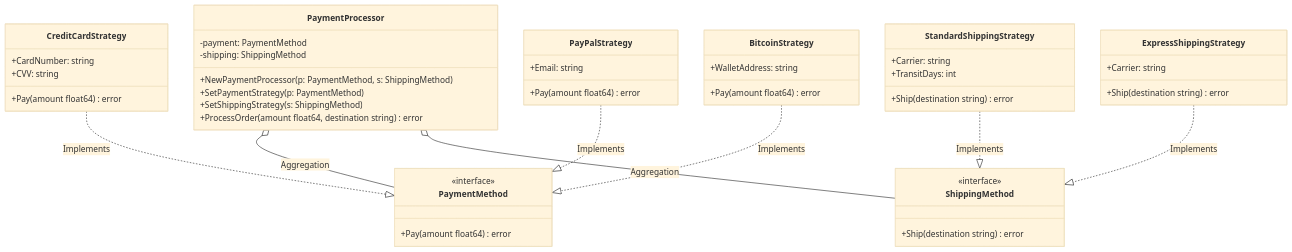
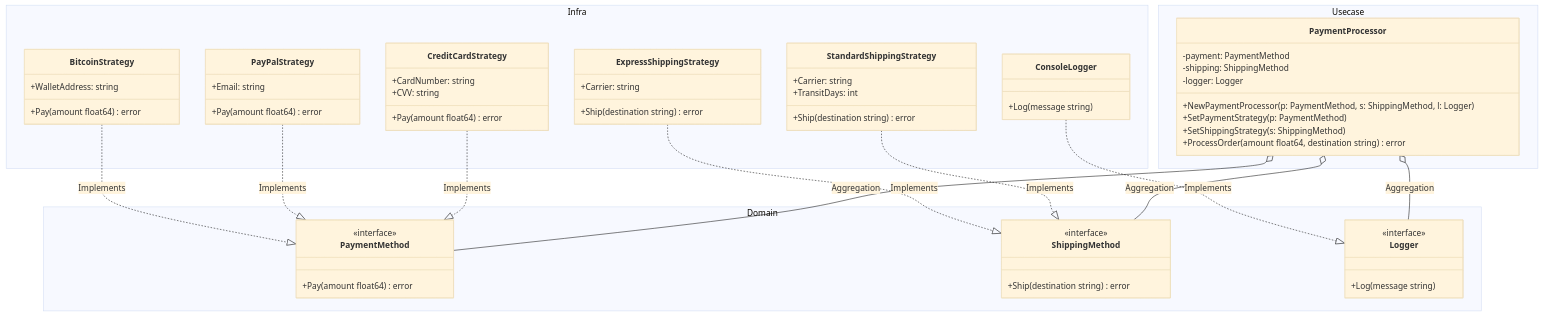
Before and after one commit to sokoide/design-patterns: the diagram in strategy-example/README.md, drawn with Mermaid (base theme). The commit also changed other lines of this file and 14 other files, not shown here.

````diff
--- a/strategy-example/README.md
+++ b/strategy-example/README.md
@@ -21,62 +22,77 @@
 ```mermaid
 classDiagram
     direction TB
 
-    %% Domain Layer
-    class PaymentMethod {
-        <<interface>>
-        +Pay(amount float64) error
+    namespace Domain {
+        class PaymentMethod {
+            <<interface>>
+            +Pay(amount float64) error
+        }
+
+        class ShippingMethod {
+            <<interface>>
+            +Ship(destination string) error
+        }
+
+        class Logger {
+            <<interface>>
+            +Log(message string)
+        }
     }
 
-    class ShippingMethod {
-        <<interface>>
-        +Ship(destination string) error
+    namespace Usecase {
+        class PaymentProcessor {
+            -payment: PaymentMethod
+            -shipping: ShippingMethod
+            -logger: Logger
+            +NewPaymentProcessor(p: PaymentMethod, s: ShippingMethod, l: Logger)
+            +SetPaymentStrategy(p: PaymentMethod)
+            +SetShippingStrategy(s: ShippingMethod)
+            +ProcessOrder(amount float64, destination string) error
+        }
     }
 
-    %% Usecase Layer (Context)
-    class PaymentProcessor {
-        -payment: PaymentMethod
-        -shipping: ShippingMethod
-        +NewPaymentProcessor(p: PaymentMethod, s: ShippingMethod)
-        +SetPaymentStrategy(p: PaymentMethod)
-        +SetShippingStrategy(s: ShippingMethod)
-        +ProcessOrder(amount float64, destination string) error
-    }
+    namespace Infra {
+        class CreditCardStrategy {
+            +CardNumber: string
+            +CVV: string
+            +Pay(amount float64) error
+        }
 
-    %% Adapter Layer (Concrete Strategies)
-    class CreditCardStrategy {
-        +CardNumber: string
-        +CVV: string
-        +Pay(amount float64) error
-    }
+        class PayPalStrategy {
+            +Email: string
+            +Pay(amount float64) error
+        }
 
-    class PayPalStrategy {
-        +Email: string
-        +Pay(amount float64) error
-    }
+        class BitcoinStrategy {
+            +WalletAddress: string
+            +Pay(amount float64) error
+        }
 
-    class BitcoinStrategy {
-        +WalletAddress: string
-        +Pay(amount float64) error
-    }
+        class StandardShippingStrategy {
+            +Carrier: string
+            +TransitDays: int
+            +Ship(destination string) error
+        }
 
-    class StandardShippingStrategy {
-        +Carrier: string
-        +TransitDays: int
-        +Ship(destination string) error
-    }
+        class ExpressShippingStrategy {
+            +Carrier: string
+            +Ship(destination string) error
+        }
 
-    class ExpressShippingStrategy {
-        +Carrier: string
-        +Ship(destination string) error
+        class ConsoleLogger {
+            +Log(message string)
+        }
     }
 
     %% Relationships
     PaymentProcessor o-- PaymentMethod : Aggregation
     PaymentProcessor o-- ShippingMethod : Aggregation
+    PaymentProcessor o-- Logger : Aggregation
     CreditCardStrategy ..|> PaymentMethod : Implements
     PayPalStrategy ..|> PaymentMethod : Implements
     BitcoinStrategy ..|> PaymentMethod : Implements
     StandardShippingStrategy ..|> ShippingMethod : Implements
     ExpressShippingStrategy ..|> ShippingMethod : Implements
+    ConsoleLogger ..|> Logger : Implements
 ```
````
